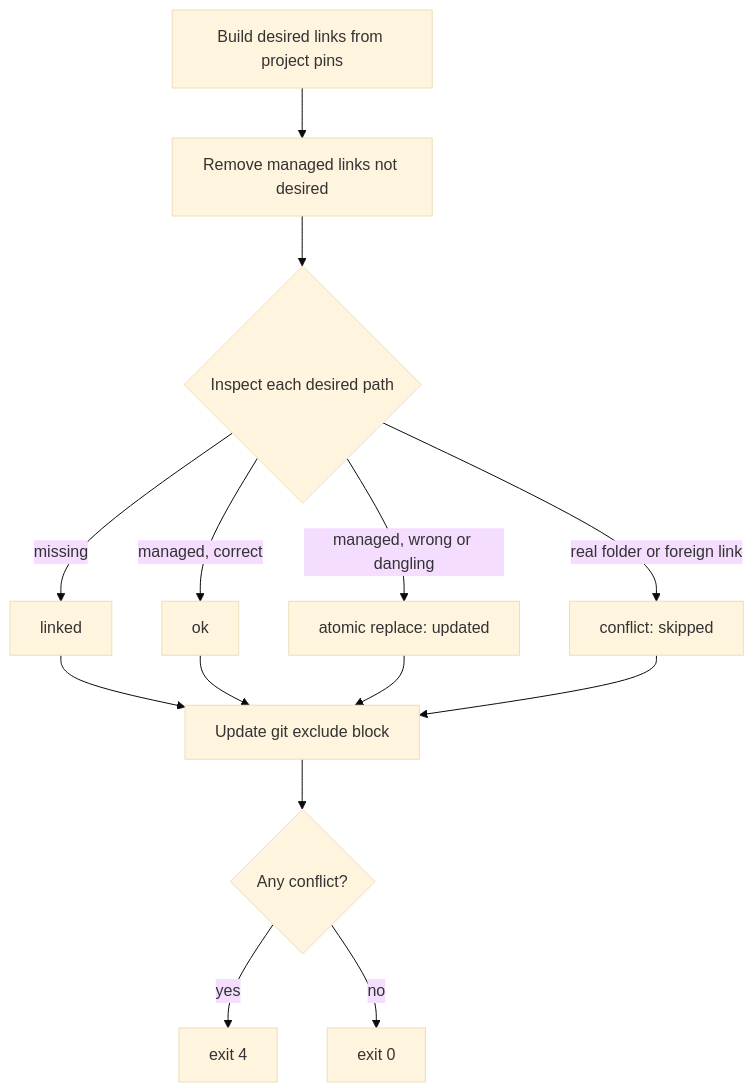
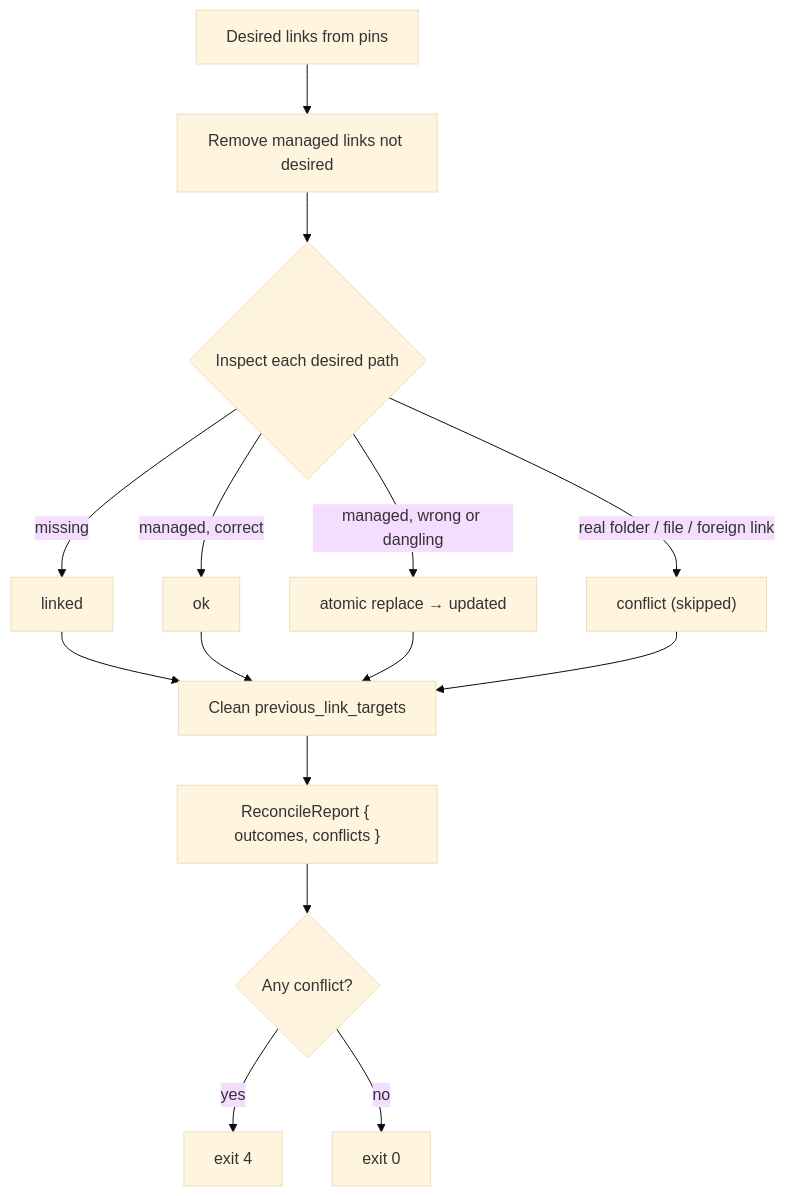
One commit to abindran/skillctl changed the third of 4 diagrams in wiki/Linking.md. Above: the diagram before and after it, drawn with Mermaid (base theme). The commit also changed other lines of this file and 8 other files, not shown here.

First line of the commit message:
Add README and restrict wiki to technical architecture

````diff
--- a/wiki/Linking.md
+++ b/wiki/Linking.md
@@ -38,16 +80,14 @@
 ```mermaid
 flowchart TD
-    A[Build desired links from project pins] --> B[Remove managed links not desired]
-    B --> C{Inspect each desired path}
-    C -- missing --> D[linked]
-    C -- managed, correct --> E[ok]
-    C -- managed, wrong or dangling --> F[atomic replace: updated]
-    C -- real folder or foreign link --> G[conflict: skipped]
-    D --> H[Update git exclude block]
-    E --> H
-    F --> H
-    G --> H
-    H --> I{Any conflict?}
-    I -- yes --> J[exit 4]
-    I -- no --> K[exit 0]
+    A["Desired links from pins"] --> B["Remove managed links not desired"]
+    B --> C{"Inspect each desired path"}
+    C -- missing --> D["linked"]
+    C -- managed, correct --> E["ok"]
+    C -- managed, wrong or dangling --> F["atomic replace → updated"]
+    C -- real folder / file / foreign link --> G["conflict (skipped)"]
+    D & E & F & G --> H["Clean previous_link_targets"]
+    H --> I["ReconcileReport { outcomes, conflicts }"]
+    I --> J{"Any conflict?"}
+    J -- yes --> K["exit 4"]
+    J -- no --> L["exit 0"]
 ```
````
